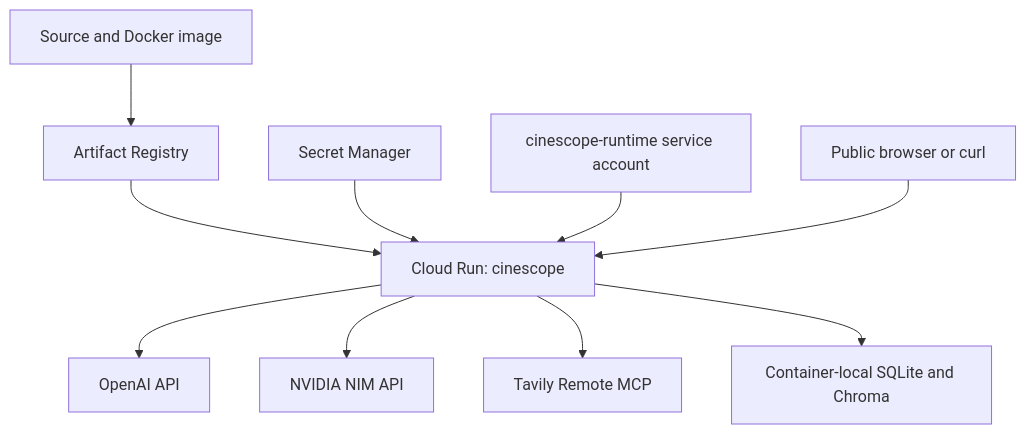
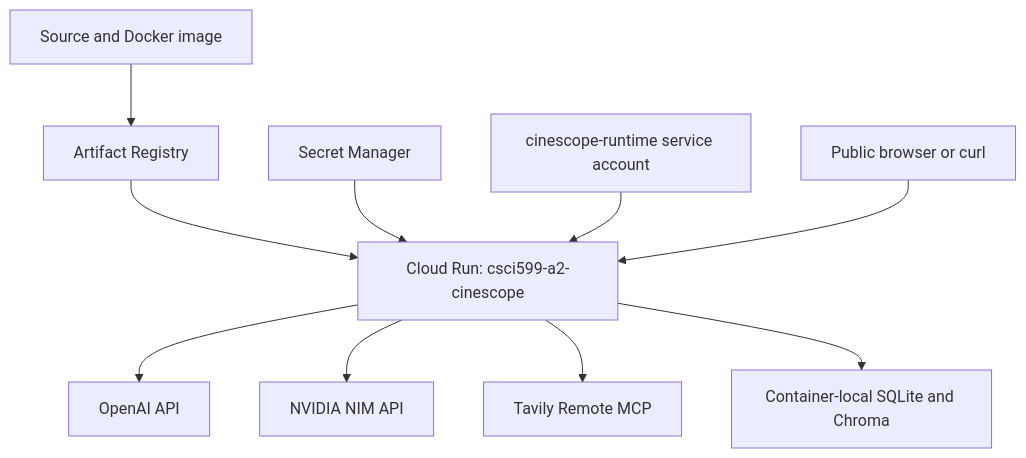
One commit to AkankshaSM/cinescope changed the third of 3 diagrams in docs/architecture.md. Above: the diagram before and after it, drawn with Mermaid. The commit also changed other lines of this file and 1 other file, not shown here.

````diff
--- a/docs/architecture.md
+++ b/docs/architecture.md
@@ -145,12 +150,12 @@
 ```mermaid
 flowchart TD
     Dev[Source and Docker image] --> AR[Artifact Registry]
-    AR --> CR[Cloud Run: cinescope]
+    AR --> CR[Cloud Run: csci599-a2-cinescope]
     SM[Secret Manager] --> CR
     SA[cinescope-runtime service account] --> CR
     Browser[Public browser or curl] --> CR
     CR --> OpenAI[OpenAI API]
     CR --> NVIDIA[NVIDIA NIM API]
     CR --> Tavily[Tavily Remote MCP]
     CR --> Local[Container-local SQLite and Chroma]
 ```
````
